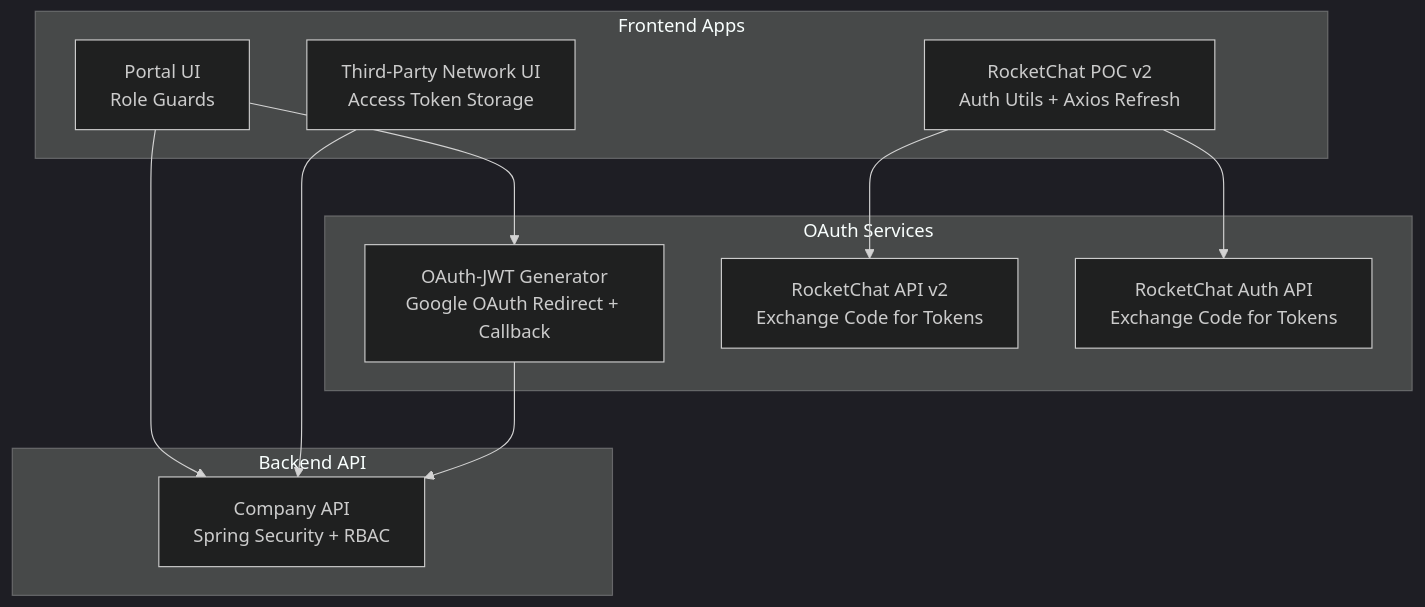
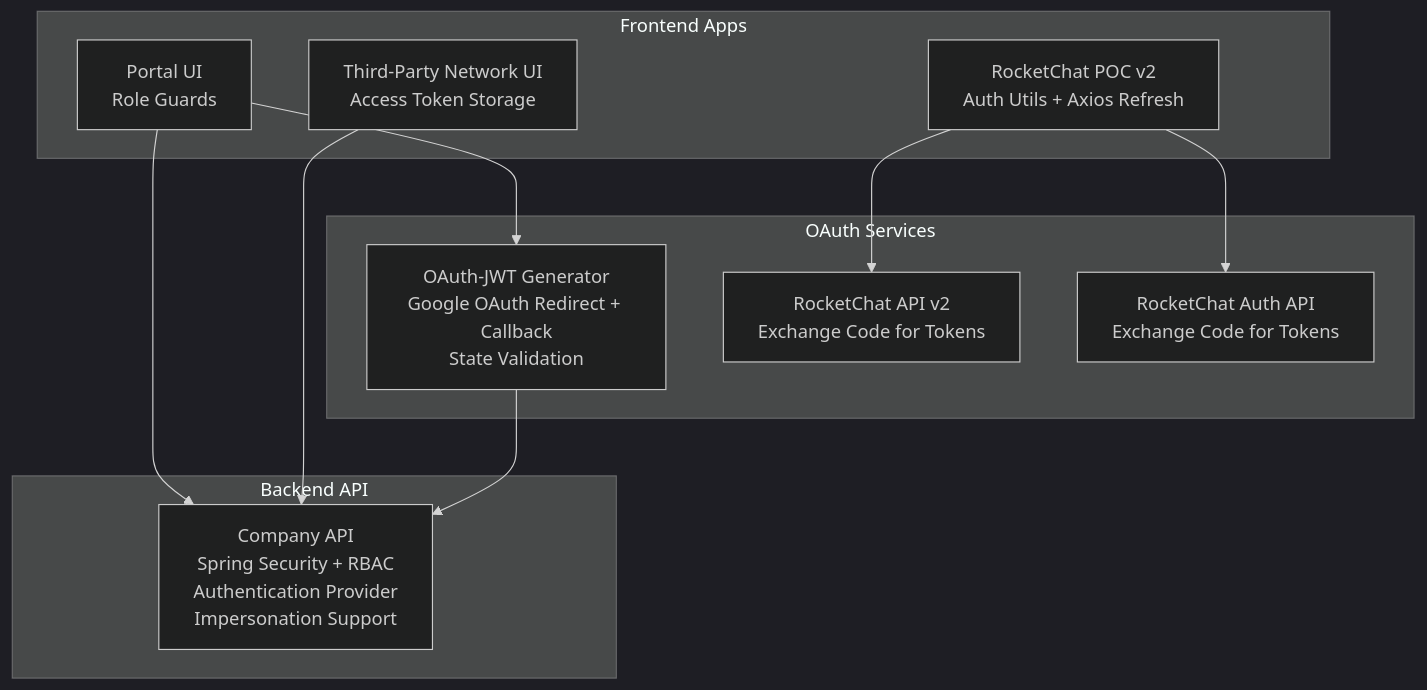
Before and after one commit to effinrich/rh-nx-monorepo: the first of 8 diagrams in .qoder/repowiki/en/content/Authentication & Authorization.md, drawn with Mermaid (dark theme). The commit also changed other lines of this file and 130 other files, not shown here.

````diff
--- a/.qoder/repowiki/en/content/Authentication & Authorization.md
+++ b/.qoder/repowiki/en/content/Authentication & Authorization.md
@@ -45,22 +59,22 @@
 ```mermaid
 graph TB
 subgraph "Frontend Apps"
 Portal["Portal UI<br/>Role Guards"]
 ThirdParty["Third-Party Network UI<br/>Access Token Storage"]
 RCv2["RocketChat POC v2<br/>Auth Utils + Axios Refresh"]
 end
 subgraph "OAuth Services"
-OauthGen["OAuth-JWT Generator<br/>Google OAuth Redirect + Callback"]
+OauthGen["OAuth-JWT Generator<br/>Google OAuth Redirect + Callback<br/>State Validation"]
 RCBackendV2["RocketChat API v2<br/>Exchange Code for Tokens"]
 RCBackendAuth["RocketChat Auth API<br/>Exchange Code for Tokens"]
 end
 subgraph "Backend API"
-CompanyAPI["Company API<br/>Spring Security + RBAC"]
+CompanyAPI["Company API<br/>Spring Security + RBAC<br/>Authentication Provider<br/>Impersonation Support"]
 end
 Portal --> OauthGen
 Portal --> CompanyAPI
 ThirdParty --> CompanyAPI
 RCv2 --> RCBackendV2
 RCv2 --> RCBackendAuth
 OauthGen --> CompanyAPI
 ```
````
